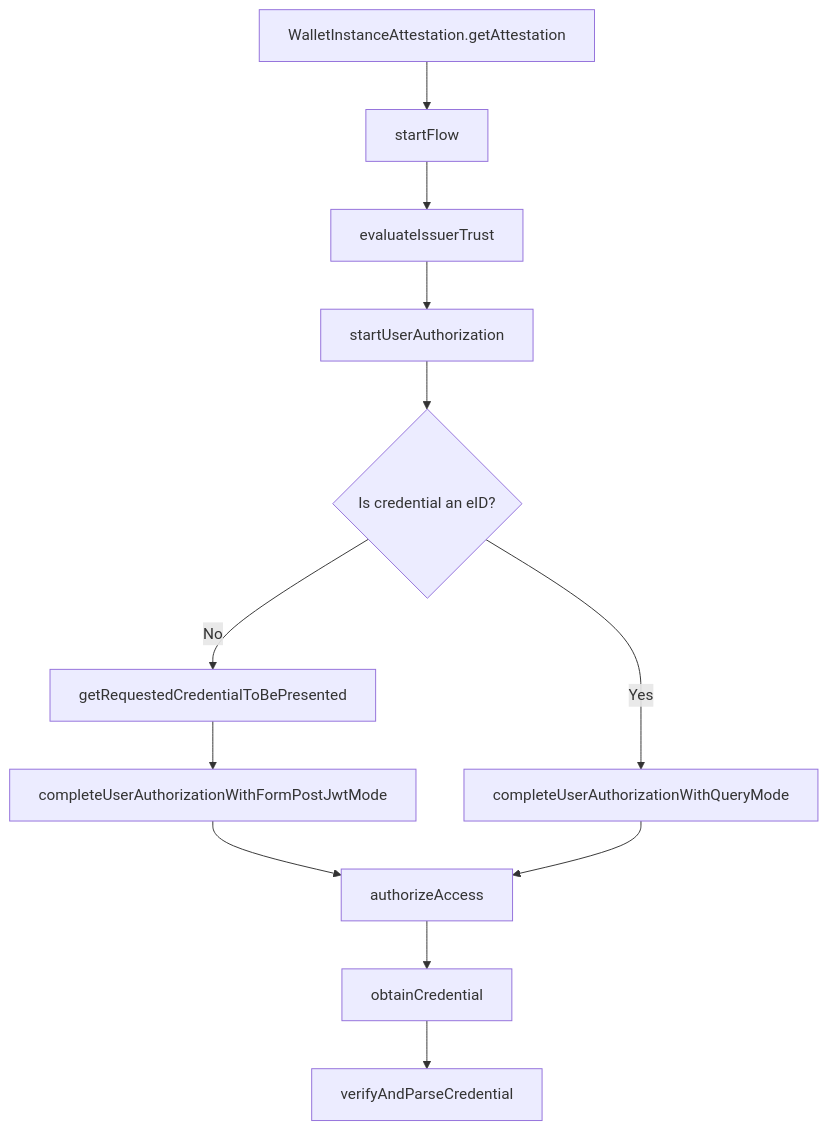
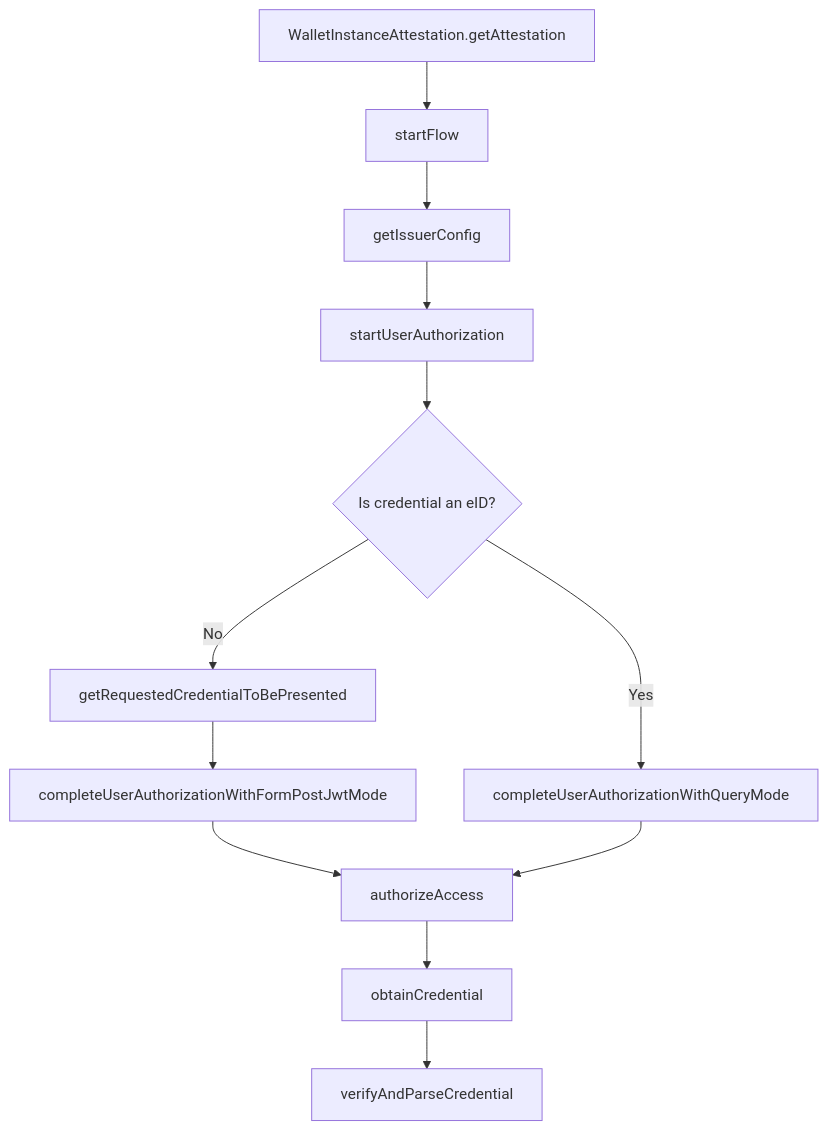
Before and after one commit to pagopa/io-react-native-wallet: the diagram in src/credential/issuance/README.md, drawn with Mermaid. The commit also changed other lines of this file and 16 other files, not shown here.

````diff
--- a/src/credential/issuance/README.md
+++ b/src/credential/issuance/README.md
@@ -13,26 +13,26 @@
 ```mermaid
 graph TD;
     0[WalletInstanceAttestation.getAttestation]
     1[startFlow]
-    2[evaluateIssuerTrust]
+    2[getIssuerConfig]
     3[startUserAuthorization]
     C4[getRequestedCredentialToBePresented]
     C4.1[completeUserAuthorizationWithFormPostJwtMode]
     E4[completeUserAuthorizationWithQueryMode]
     5[authorizeAccess]
     6[obtainCredential]
     7[verifyAndParseCredential]
     credSel{Is credential an eID?}
 
     0 --> 1
     1 --> 2
     2 --> 3
     3 --> credSel
     credSel -->|Yes| E4
     credSel -->|No| C4
     C4 --> C4.1
     C4.1 --> 5
     E4 --> 5
     5 --> 6
     6 --> 7
 ```
````
